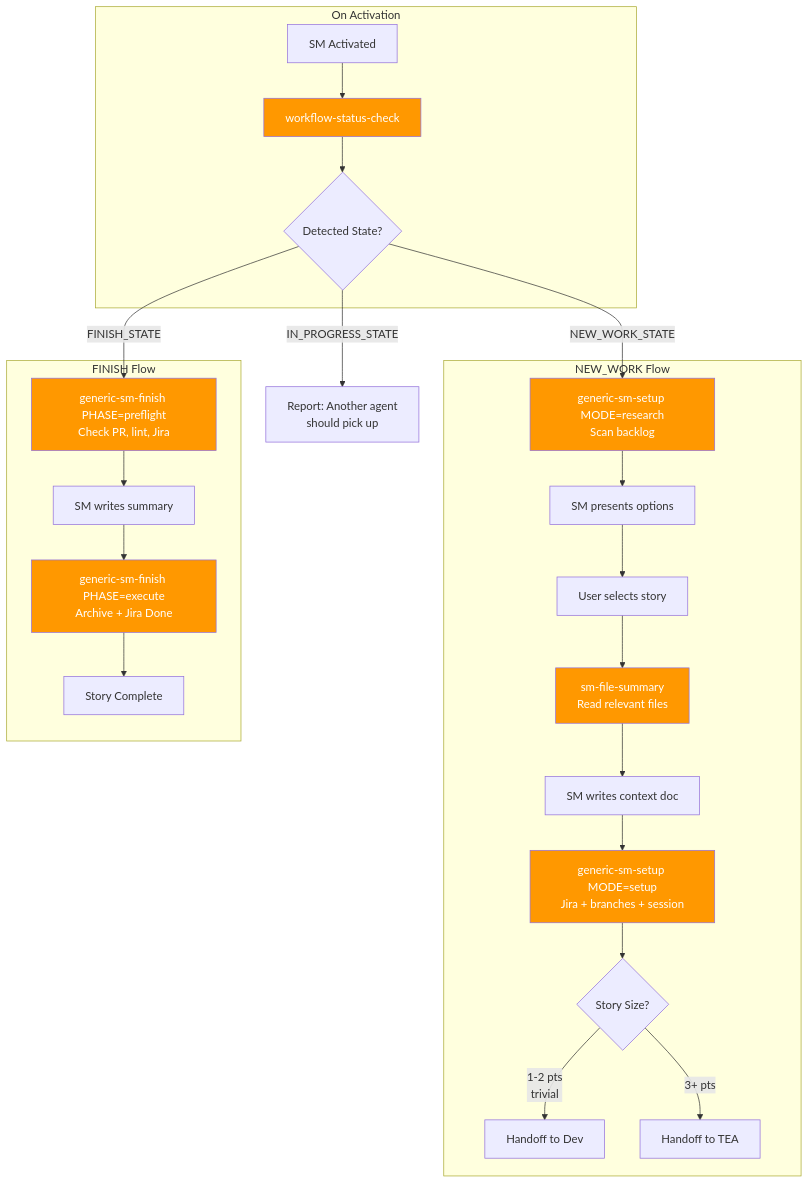
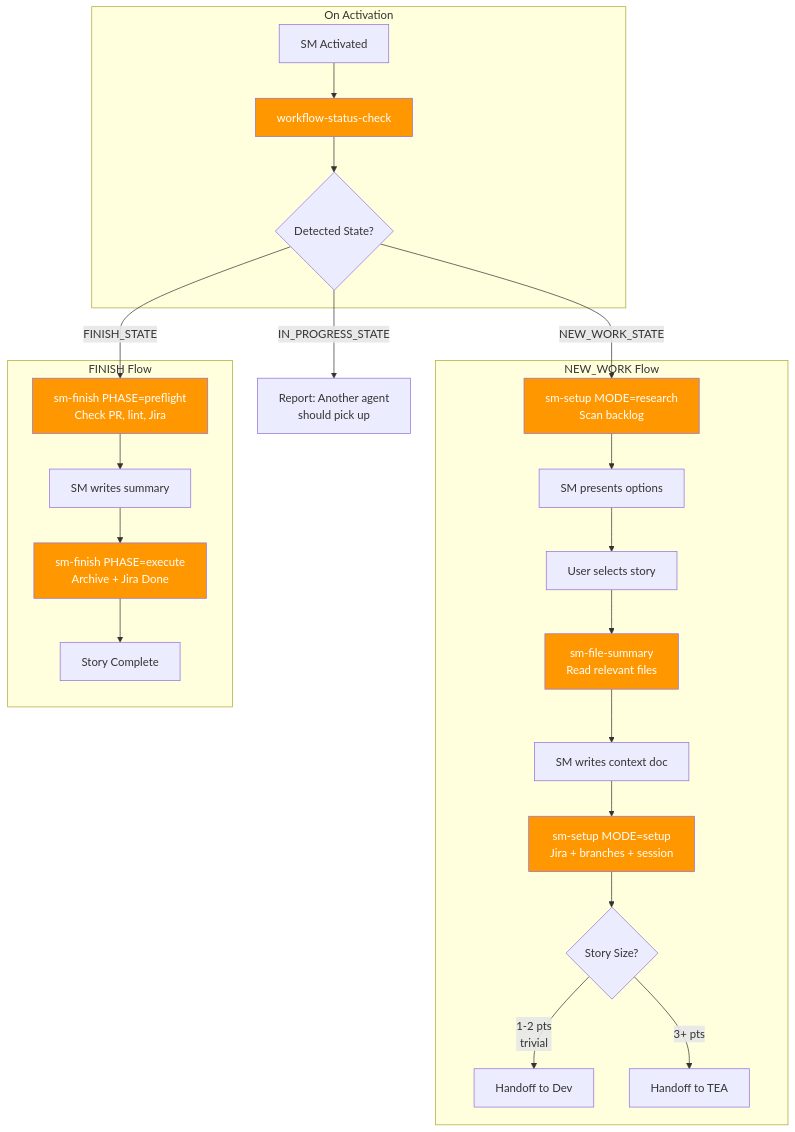
Before and after one commit to slabgorb/pennyfarthing: the fourth of 9 diagrams in docs/TDD-FLOW-DIAGRAMS.md, drawn with Mermaid. The commit also changed other lines of this file and 49 other files, not shown here.

````diff
--- a/docs/TDD-FLOW-DIAGRAMS.md
+++ b/docs/TDD-FLOW-DIAGRAMS.md
@@ -148,35 +148,35 @@
 ```mermaid
 flowchart TB
     subgraph "On Activation"
         A1[SM Activated] --> A2[workflow-status-check]
         A2 --> A3{Detected State?}
     end
 
     subgraph "NEW_WORK Flow"
-        N1[generic-sm-setup MODE=research<br/>Scan backlog] --> N2[SM presents options]
+        N1[sm-setup MODE=research<br/>Scan backlog] --> N2[SM presents options]
         N2 --> N3[User selects story]
         N3 --> N4[sm-file-summary<br/>Read relevant files]
         N4 --> N5[SM writes context doc]
-        N5 --> N6[generic-sm-setup MODE=setup<br/>Jira + branches + session]
+        N5 --> N6[sm-setup MODE=setup<br/>Jira + branches + session]
         N6 --> N7{Story Size?}
         N7 -->|"1-2 pts<br/>trivial"| N8[Handoff to Dev]
         N7 -->|"3+ pts"| N9[Handoff to TEA]
     end
 
     subgraph "FINISH Flow"
-        F1[generic-sm-finish PHASE=preflight<br/>Check PR, lint, Jira] --> F2[SM writes summary]
-        F2 --> F3[generic-sm-finish PHASE=execute<br/>Archive + Jira Done]
+        F1[sm-finish PHASE=preflight<br/>Check PR, lint, Jira] --> F2[SM writes summary]
+        F2 --> F3[sm-finish PHASE=execute<br/>Archive + Jira Done]
         F3 --> F4[Story Complete]
     end
 
     A3 -->|"NEW_WORK_STATE"| N1
     A3 -->|"FINISH_STATE"| F1
     A3 -->|"IN_PROGRESS_STATE"| IP[Report: Another agent<br/>should pick up]
 
     style A2 fill:#ff9800,color:white
     style N1 fill:#ff9800,color:white
     style N4 fill:#ff9800,color:white
     style N6 fill:#ff9800,color:white
     style F1 fill:#ff9800,color:white
     style F3 fill:#ff9800,color:white
 ```
````
